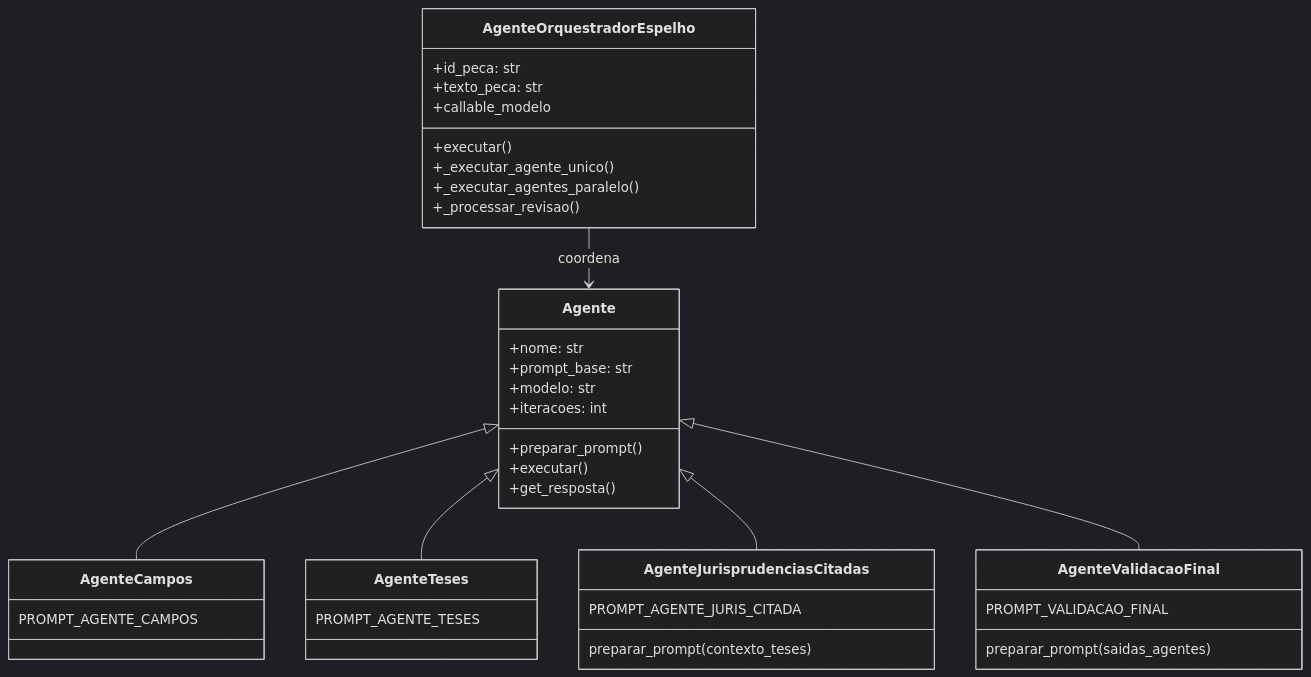
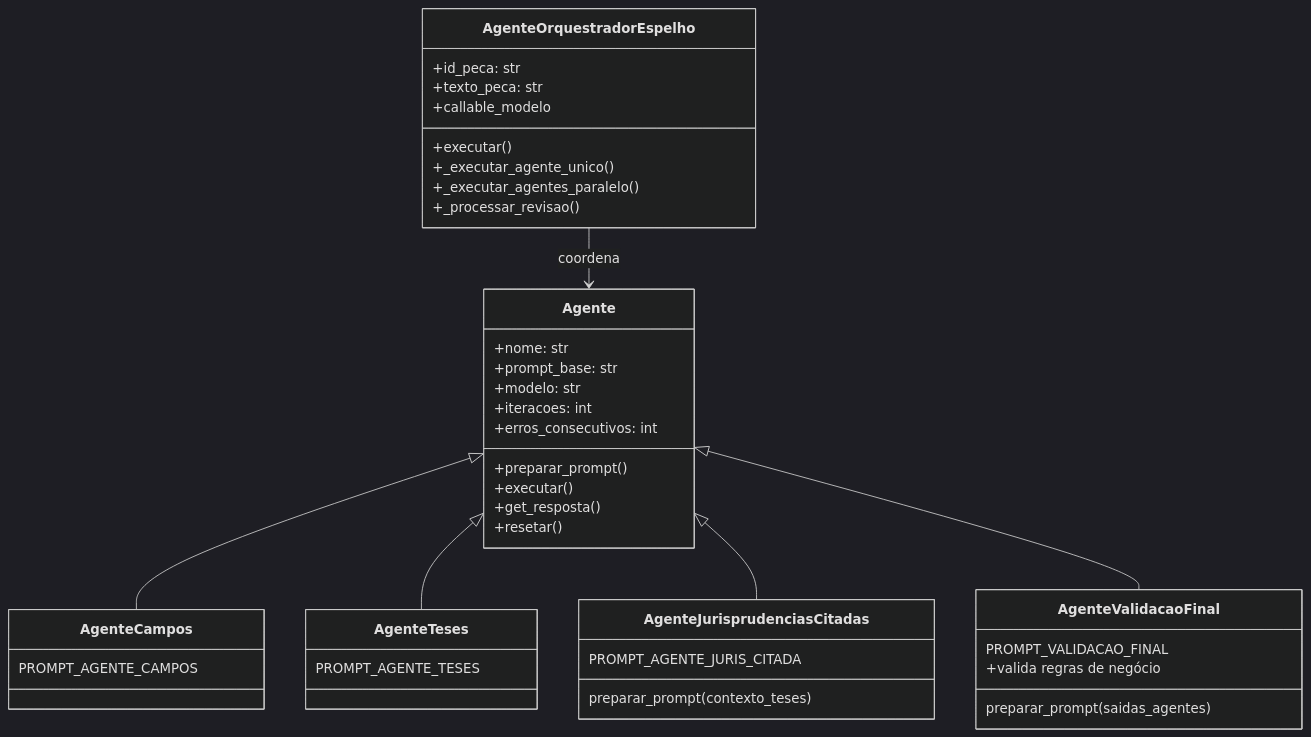
Before and after one commit to luizanisio/llms: the fourth of 10 diagrams in experimentos/agentes-esp-acordao/README_MERMAID.md, drawn with Mermaid (dark theme). The commit also changed other lines of this file and 1 other file, not shown here.

````diff
--- a/experimentos/agentes-esp-acordao/README_MERMAID.md
+++ b/experimentos/agentes-esp-acordao/README_MERMAID.md
@@ -151,46 +157,49 @@
 ```mermaid
 classDiagram
     class Agente {
         +nome: str
         +prompt_base: str
         +modelo: str
         +iteracoes: int
+        +erros_consecutivos: int
         +preparar_prompt()
         +executar()
         +get_resposta()
+        +resetar()
     }
     
     class AgenteOrquestradorEspelho {
         +id_peca: str
         +texto_peca: str
         +callable_modelo
         +executar()
         +_executar_agente_unico()
         +_executar_agentes_paralelo()
         +_processar_revisao()
     }
     
     class AgenteCampos {
         PROMPT_AGENTE_CAMPOS
     }
     
     class AgenteTeses {
         PROMPT_AGENTE_TESES
     }
     
     class AgenteJurisprudenciasCitadas {
         PROMPT_AGENTE_JURIS_CITADA
         preparar_prompt(contexto_teses)
     }
     
     class AgenteValidacaoFinal {
         PROMPT_VALIDACAO_FINAL
         preparar_prompt(saidas_agentes)
+        +valida regras de negócio
     }
     
     Agente <|-- AgenteCampos
     Agente <|-- AgenteTeses
     Agente <|-- AgenteJurisprudenciasCitadas
     Agente <|-- AgenteValidacaoFinal
     AgenteOrquestradorEspelho --> Agente : coordena
 ```
````
